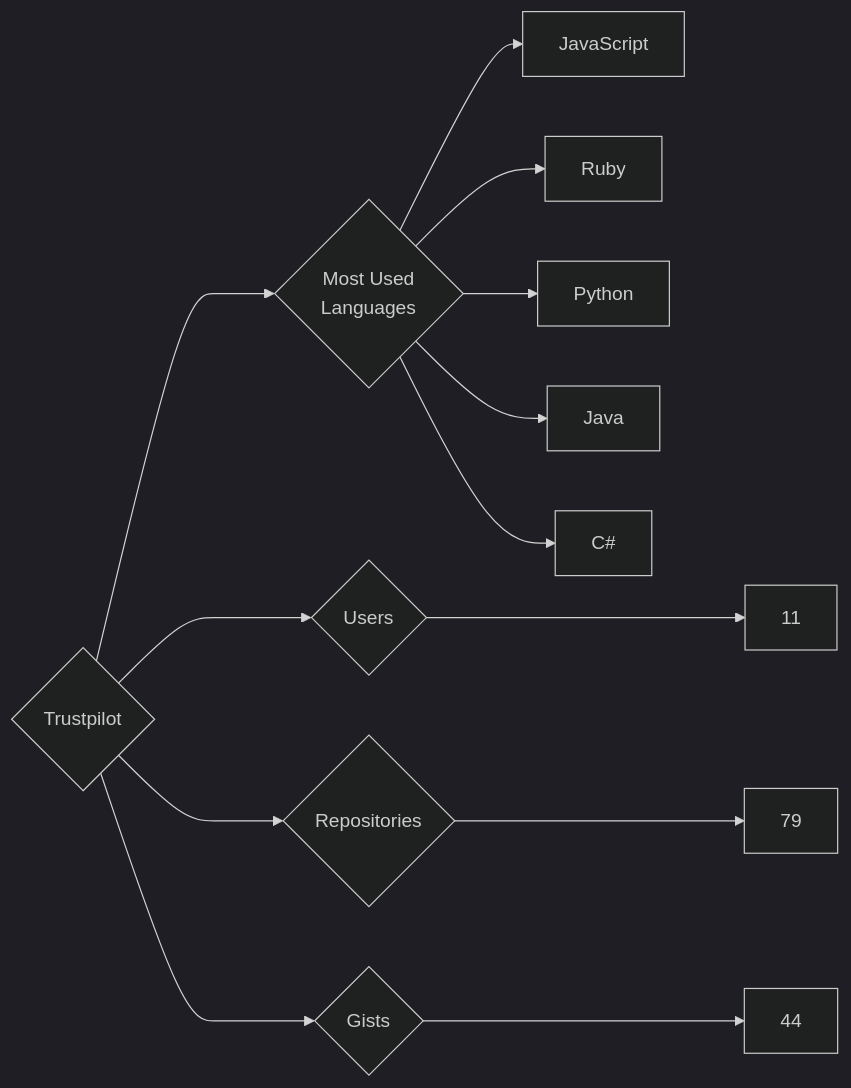
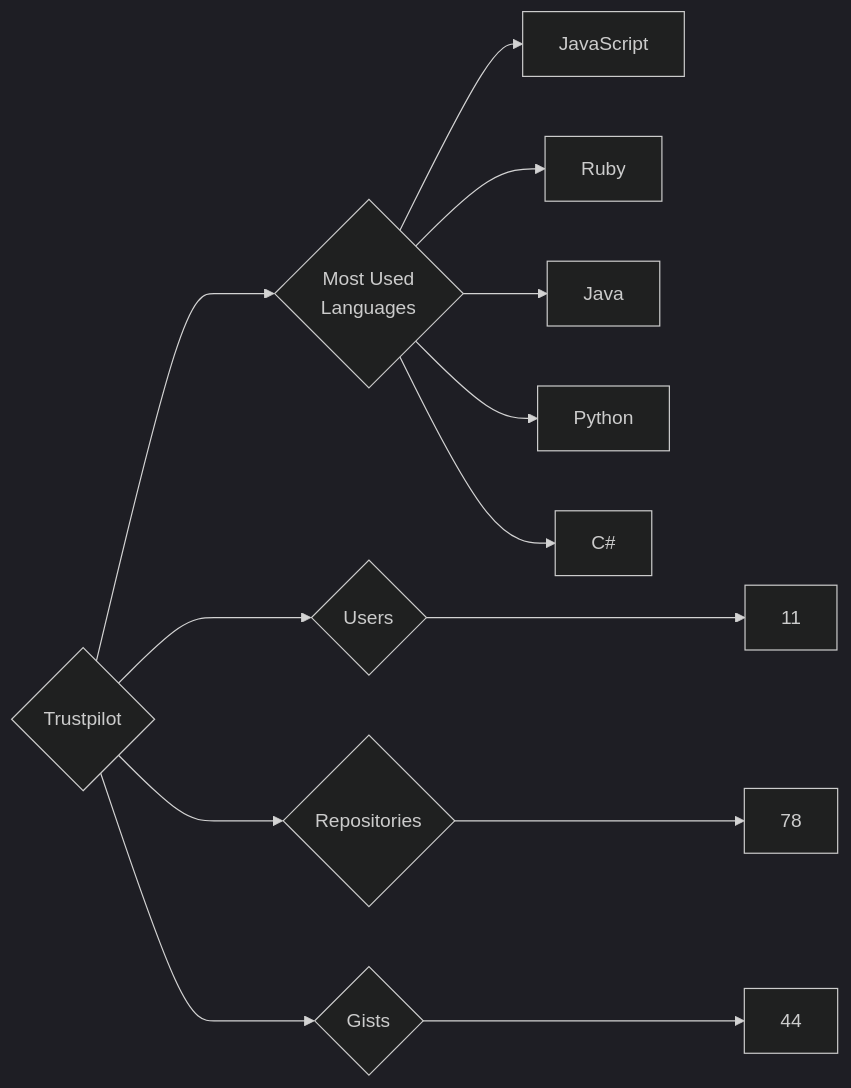
The diagram in targets/Trustpilot/README.md (trickest/insiders), drawn with Mermaid (dark theme) before and after one commit. The commit also changed 928 other files, not shown here.

````diff
--- a/targets/Trustpilot/README.md
+++ b/targets/Trustpilot/README.md
@@ -3,13 +3,13 @@
 ```mermaid
 graph LR
 COMPANY_NAME{Trustpilot}
 COMPANY_NAME ---> U{Users} ---> UN[11]
-COMPANY_NAME ---> R{Repositories} ---> RN[79]
+COMPANY_NAME ---> R{Repositories} ---> RN[78]
 COMPANY_NAME ---> G{Gists} ---> GN[44]
 COMPANY_NAME ---> ML{Most Used<br>Languages}
 ML --> JavaScript[JavaScript]
 ML --> Ruby[Ruby]
+ML --> Java[Java]
 ML --> Python[Python]
-ML --> Java[Java]
 ML --> C#[C#]
 ```
````
